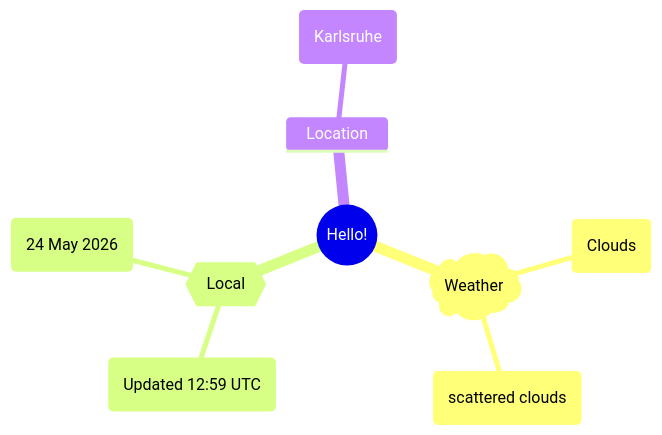
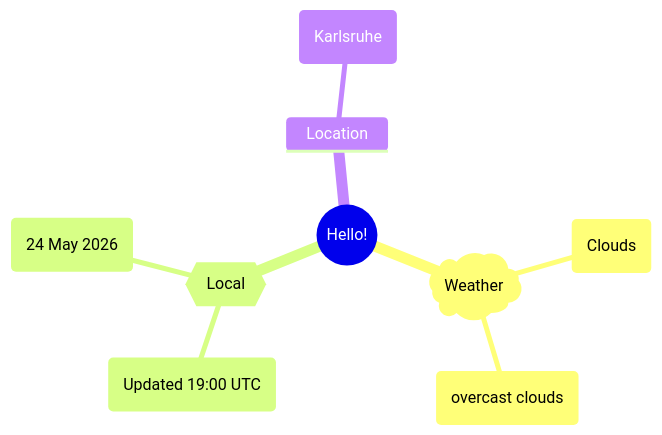
One commit to Xosrov/Xosrov changed the first of 2 diagrams in README.md. Above: the diagram before and after it, drawn with Mermaid.

Commit message:
[bot] updated images

````diff
--- a/README.md
+++ b/README.md
@@ -3,12 +3,12 @@
 ```mermaid
 mindmap
   root((Hello!))
     )Weather(
         (Clouds)
-        (scattered clouds)
+        (overcast clouds)
     {{Local}}
-        (Updated 12:59 UTC)
+        (Updated 19:00 UTC)
         (24 May 2026)
     Location
         (Karlsruhe)
 ```
````
